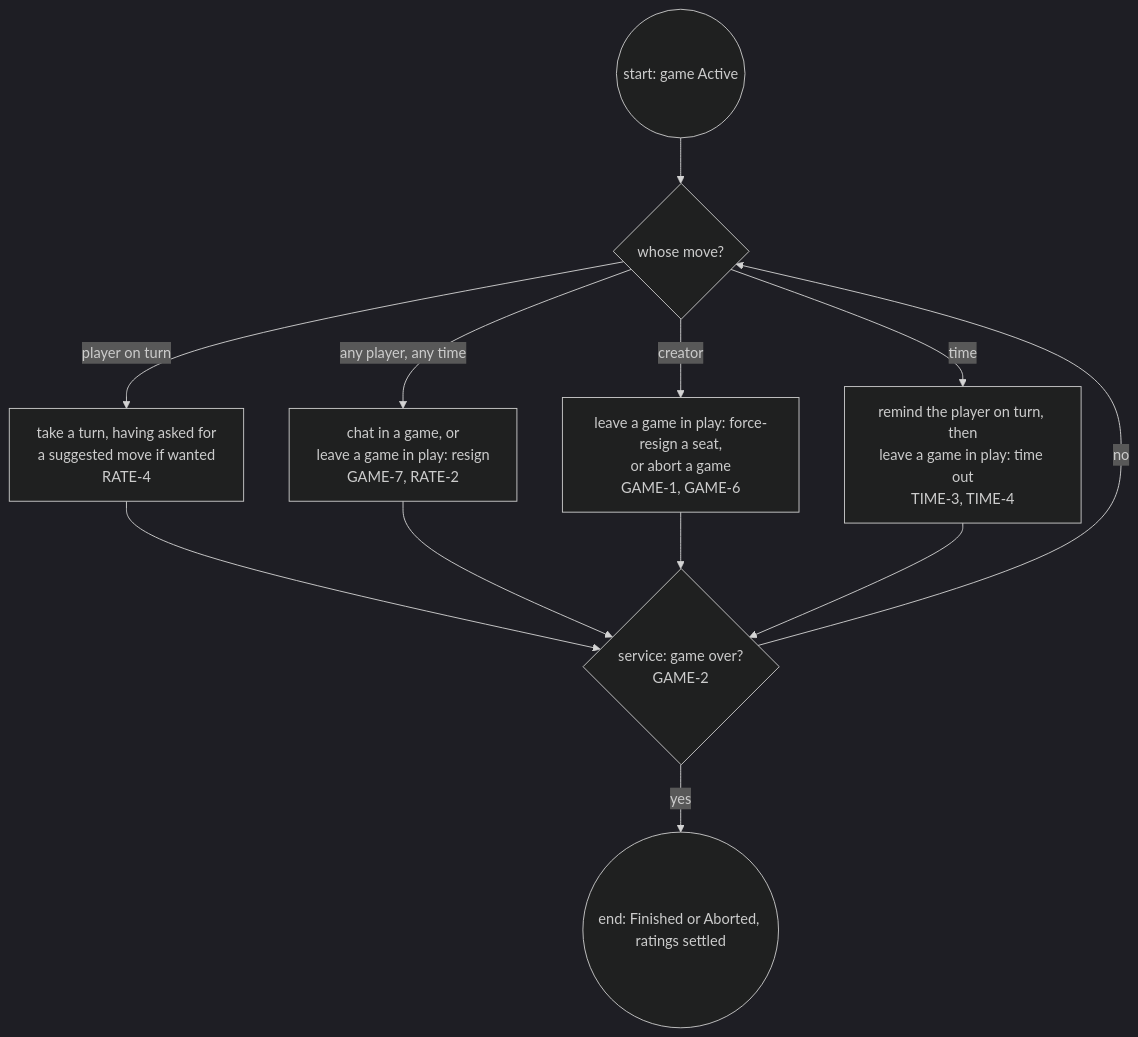
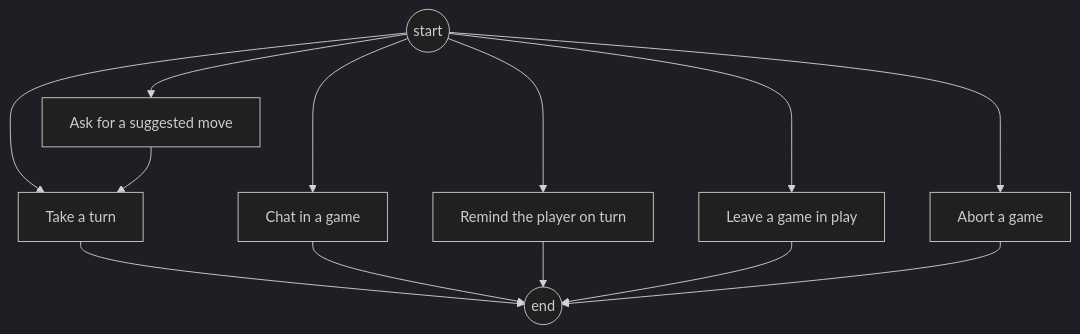
Before and after one commit to delphside/programme: diagram 14 of 29 in docs/changes/workstreams/application-game-architecture/71-one-game-model/71-functional.md, drawn with Mermaid (dark theme). The commit also changed other lines of this file, not shown here.

````diff
--- a/docs/changes/workstreams/application-game-architecture/71-one-game-model/71-functional.md
+++ b/docs/changes/workstreams/application-game-architecture/71-one-game-model/71-functional.md
@@ -320,14 +301,15 @@
 ```mermaid
 flowchart TD
-  s0((start: game Active)) --> d0{"whose move?"}
-  d0 -- "player on turn" --> a1["take a turn, having asked for<br/>a suggested move if wanted<br/>RATE-4"]
-  d0 -- "any player, any time" --> a2["chat in a game, or<br/>leave a game in play: resign<br/>GAME-7, RATE-2"]
-  d0 -- creator --> a3["leave a game in play: force-resign a seat,<br/>or abort a game<br/>GAME-1, GAME-6"]
-  d0 -- time --> a4["remind the player on turn, then<br/>leave a game in play: time out<br/>TIME-3, TIME-4"]
-  a1 --> v1{"service: game over?<br/>GAME-2"}
-  a2 --> v1
-  a3 --> v1
-  a4 --> v1
-  v1 -- no --> d0
-  v1 -- yes --> e0((end: Finished or Aborted, ratings settled))
+  s0((start)) --> a1["Take a turn"]
+  s0 --> a2["Ask for a suggested move"]
+  a2 --> a1
+  s0 --> a3["Chat in a game"]
+  s0 --> a4["Remind the player on turn"]
+  s0 --> a5["Leave a game in play"]
+  s0 --> a6["Abort a game"]
+  a1 --> e0((end))
+  a3 --> e0
+  a4 --> e0
+  a5 --> e0
+  a6 --> e0
 ```
````
